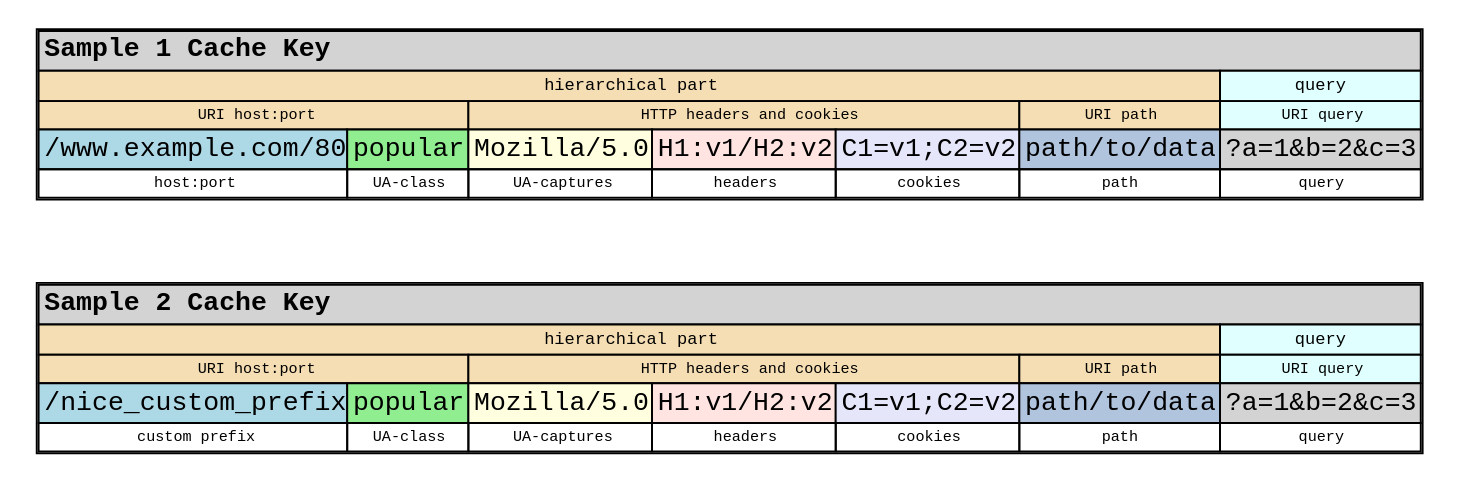
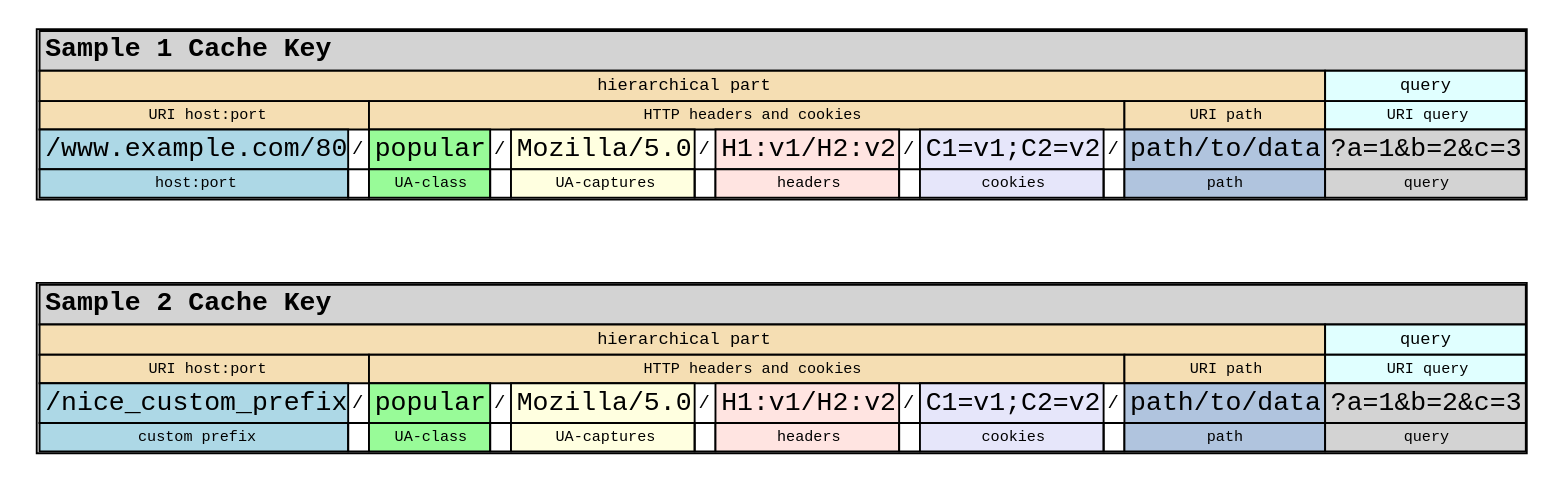
One commit to apache/trafficserver changed the seventh of 7 diagrams in doc/admin-guide/plugins/cachekey.en.rst. Above: the diagram before and after it, drawn with Graphviz. The commit also changed other lines of this file and 6 other files, not shown here.

```diff
--- a/doc/admin-guide/plugins/cachekey.en.rst
+++ b/doc/admin-guide/plugins/cachekey.en.rst
@@ -377,74 +377,94 @@
 .. graphviz::
    :alt: Cache Key Sample Breakdown
-   :align: center
+   :align: left
 
    digraph cache_key_samples {
      node [shape=none, fontname="monospace"];
 
      sample1 [label=<
        <TABLE BORDER="1" CELLBORDER="1" CELLSPACING="0">
-         <TR><TD COLSPAN="7" ALIGN="LEFT" BGCOLOR="lightgray"><B>Sample 1 Cache Key</B></TD></TR>
+         <TR><TD COLSPAN="12" ALIGN="LEFT" BGCOLOR="lightgray"><B>Sample 1 Cache Key</B></TD></TR>
          <TR>
-           <TD COLSPAN="6" ALIGN="CENTER" BGCOLOR="wheat"><FONT POINT-SIZE="9">hierarchical part</FONT></TD>
+           <TD COLSPAN="11" ALIGN="CENTER" BGCOLOR="wheat"><FONT POINT-SIZE="9">hierarchical part</FONT></TD>
            <TD COLSPAN="1" ALIGN="CENTER" BGCOLOR="lightcyan"><FONT POINT-SIZE="9">query</FONT></TD>
          </TR>
          <TR>
            <TD COLSPAN="2" ALIGN="CENTER" BGCOLOR="wheat"><FONT POINT-SIZE="8">URI host:port</FONT></TD>
-           <TD COLSPAN="3" ALIGN="CENTER" BGCOLOR="wheat"><FONT POINT-SIZE="8">HTTP headers and cookies</FONT></TD>
-           <TD ALIGN="CENTER" BGCOLOR="wheat"><FONT POINT-SIZE="8">URI path</FONT></TD>
-           <TD ALIGN="CENTER" BGCOLOR="lightcyan"><FONT POINT-SIZE="8">URI query</FONT></TD>
+           <TD COLSPAN="8" ALIGN="CENTER" BGCOLOR="wheat"><FONT POINT-SIZE="8">HTTP headers and cookies</FONT></TD>
+           <TD COLSPAN="1" ALIGN="CENTER" BGCOLOR="wheat"><FONT POINT-SIZE="8">URI path</FONT></TD>
+           <TD COLSPAN="1" ALIGN="CENTER" BGCOLOR="lightcyan"><FONT POINT-SIZE="8">URI query</FONT></TD>
          </TR>
          <TR>
            <TD BGCOLOR="lightblue">/www.example.com/80</TD>
-           <TD BGCOLOR="lightgreen">popular</TD>
+           <TD BORDER="0" WIDTH="10"><FONT POINT-SIZE="10">/</FONT></TD>
+           <TD BGCOLOR="palegreen">popular</TD>
+           <TD BORDER="0" WIDTH="10"><FONT POINT-SIZE="10">/</FONT></TD>
            <TD BGCOLOR="lightyellow">Mozilla/5.0</TD>
+           <TD BORDER="0" WIDTH="10"><FONT POINT-SIZE="10">/</FONT></TD>
            <TD BGCOLOR="mistyrose">H1:v1/H2:v2</TD>
+           <TD BORDER="0" WIDTH="10"><FONT POINT-SIZE="10">/</FONT></TD>
            <TD BGCOLOR="lavender">C1=v1;C2=v2</TD>
+           <TD BORDER="0" WIDTH="10"><FONT POINT-SIZE="10">/</FONT></TD>
            <TD BGCOLOR="lightsteelblue">path/to/data</TD>
            <TD BGCOLOR="lightgray">?a=1&amp;b=2&amp;c=3</TD>
          </TR>
          <TR>
-           <TD ALIGN="CENTER"><FONT POINT-SIZE="8">host:port</FONT></TD>
-           <TD ALIGN="CENTER"><FONT POINT-SIZE="8">UA-class</FONT></TD>
-           <TD ALIGN="CENTER"><FONT POINT-SIZE="8">UA-captures</FONT></TD>
-           <TD ALIGN="CENTER"><FONT POINT-SIZE="8">headers</FONT></TD>
-           <TD ALIGN="CENTER"><FONT POINT-SIZE="8">cookies</FONT></TD>
-           <TD ALIGN="CENTER"><FONT POINT-SIZE="8">path</FONT></TD>
-           <TD ALIGN="CENTER"><FONT POINT-SIZE="8">query</FONT></TD>
+           <TD ALIGN="CENTER" BGCOLOR="lightblue"><FONT POINT-SIZE="8">host:port</FONT></TD>
+           <TD WIDTH="10"></TD>
+           <TD ALIGN="CENTER" BGCOLOR="palegreen"><FONT POINT-SIZE="8">UA-class</FONT></TD>
+           <TD WIDTH="10"></TD>
+           <TD ALIGN="CENTER" BGCOLOR="lightyellow"><FONT POINT-SIZE="8">UA-captures</FONT></TD>
+           <TD WIDTH="10"></TD>
+           <TD ALIGN="CENTER" BGCOLOR="mistyrose"><FONT POINT-SIZE="8">headers</FONT></TD>
+           <TD WIDTH="10"></TD>
+           <TD ALIGN="CENTER" BGCOLOR="lavender"><FONT POINT-SIZE="8">cookies</FONT></TD>
+           <TD WIDTH="10"></TD>
+           <TD ALIGN="CENTER" BGCOLOR="lightsteelblue"><FONT POINT-SIZE="8">path</FONT></TD>
+           <TD ALIGN="CENTER" BGCOLOR="lightgray"><FONT POINT-SIZE="8">query</FONT></TD>
          </TR>
        </TABLE>
      >];
 
      sample2 [label=<
        <TABLE BORDER="1" CELLBORDER="1" CELLSPACING="0">
-         <TR><TD COLSPAN="7" ALIGN="LEFT" BGCOLOR="lightgray"><B>Sample 2 Cache Key</B></TD></TR>
+         <TR><TD COLSPAN="12" ALIGN="LEFT" BGCOLOR="lightgray"><B>Sample 2 Cache Key</B></TD></TR>
          <TR>
-           <TD COLSPAN="6" ALIGN="CENTER" BGCOLOR="wheat"><FONT POINT-SIZE="9">hierarchical part</FONT></TD>
+           <TD COLSPAN="11" ALIGN="CENTER" BGCOLOR="wheat"><FONT POINT-SIZE="9">hierarchical part</FONT></TD>
            <TD COLSPAN="1" ALIGN="CENTER" BGCOLOR="lightcyan"><FONT POINT-SIZE="9">query</FONT></TD>
          </TR>
          <TR>
            <TD COLSPAN="2" ALIGN="CENTER" BGCOLOR="wheat"><FONT POINT-SIZE="8">URI host:port</FONT></TD>
-           <TD COLSPAN="3" ALIGN="CENTER" BGCOLOR="wheat"><FONT POINT-SIZE="8">HTTP headers and cookies</FONT></TD>
-           <TD ALIGN="CENTER" BGCOLOR="wheat"><FONT POINT-SIZE="8">URI path</FONT></TD>
-           <TD ALIGN="CENTER" BGCOLOR="lightcyan"><FONT POINT-SIZE="8">URI query</FONT></TD>
+           <TD COLSPAN="8" ALIGN="CENTER" BGCOLOR="wheat"><FONT POINT-SIZE="8">HTTP headers and cookies</FONT></TD>
+           <TD COLSPAN="1" ALIGN="CENTER" BGCOLOR="wheat"><FONT POINT-SIZE="8">URI path</FONT></TD>
+           <TD COLSPAN="1" ALIGN="CENTER" BGCOLOR="lightcyan"><FONT POINT-SIZE="8">URI query</FONT></TD>
          </TR>
          <TR>
            <TD BGCOLOR="lightblue">/nice_custom_prefix</TD>
-           <TD BGCOLOR="lightgreen">popular</TD>
+           <TD BORDER="0" WIDTH="10"><FONT POINT-SIZE="10">/</FONT></TD>
+           <TD BGCOLOR="palegreen">popular</TD>
+           <TD BORDER="0" WIDTH="10"><FONT POINT-SIZE="10">/</FONT></TD>
            <TD BGCOLOR="lightyellow">Mozilla/5.0</TD>
+           <TD BORDER="0" WIDTH="10"><FONT POINT-SIZE="10">/</FONT></TD>
            <TD BGCOLOR="mistyrose">H1:v1/H2:v2</TD>
+           <TD BORDER="0" WIDTH="10"><FONT POINT-SIZE="10">/</FONT></TD>
            <TD BGCOLOR="lavender">C1=v1;C2=v2</TD>
+           <TD BORDER="0" WIDTH="10"><FONT POINT-SIZE="10">/</FONT></TD>
            <TD BGCOLOR="lightsteelblue">path/to/data</TD>
            <TD BGCOLOR="lightgray">?a=1&amp;b=2&amp;c=3</TD>
          </TR>
          <TR>
-           <TD ALIGN="CENTER"><FONT POINT-SIZE="8">custom prefix</FONT></TD>
-           <TD ALIGN="CENTER"><FONT POINT-SIZE="8">UA-class</FONT></TD>
-           <TD ALIGN="CENTER"><FONT POINT-SIZE="8">UA-captures</FONT></TD>
-           <TD ALIGN="CENTER"><FONT POINT-SIZE="8">headers</FONT></TD>
-           <TD ALIGN="CENTER"><FONT POINT-SIZE="8">cookies</FONT></TD>
-           <TD ALIGN="CENTER"><FONT POINT-SIZE="8">path</FONT></TD>
-           <TD ALIGN="CENTER"><FONT POINT-SIZE="8">query</FONT></TD>
+           <TD ALIGN="CENTER" BGCOLOR="lightblue"><FONT POINT-SIZE="8">custom prefix</FONT></TD>
+           <TD WIDTH="10"></TD>
+           <TD ALIGN="CENTER" BGCOLOR="palegreen"><FONT POINT-SIZE="8">UA-class</FONT></TD>
+           <TD WIDTH="10"></TD>
+           <TD ALIGN="CENTER" BGCOLOR="lightyellow"><FONT POINT-SIZE="8">UA-captures</FONT></TD>
+           <TD WIDTH="10"></TD>
+           <TD ALIGN="CENTER" BGCOLOR="mistyrose"><FONT POINT-SIZE="8">headers</FONT></TD>
+           <TD WIDTH="10"></TD>
+           <TD ALIGN="CENTER" BGCOLOR="lavender"><FONT POINT-SIZE="8">cookies</FONT></TD>
+           <TD WIDTH="10"></TD>
+           <TD ALIGN="CENTER" BGCOLOR="lightsteelblue"><FONT POINT-SIZE="8">path</FONT></TD>
+           <TD ALIGN="CENTER" BGCOLOR="lightgray"><FONT POINT-SIZE="8">query</FONT></TD>
          </TR>
        </TABLE>
      >];
```
